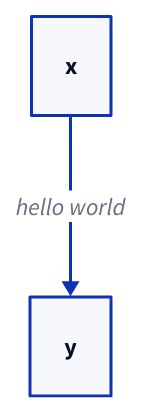
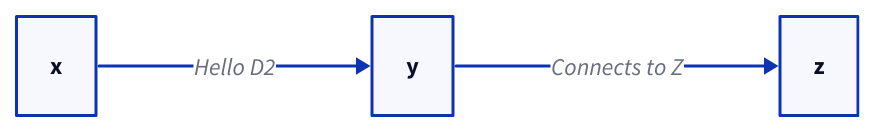
Before and after one commit to brucemckayone/d2-in-markdown: the first of 2 diagrams in README.md, drawn with D2. The commit also changed other lines of this file and 2 other files, not shown here.

````diff
--- a/README.md
+++ b/README.md
@@ -25,3 +26,5 @@
 ```d2
-x -> y: hello world
+direction: right
+x -> y: Hello D2
+y -> z: Connects to Z
 ```
````
